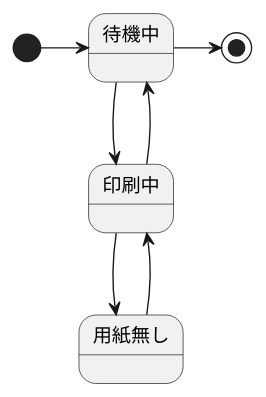
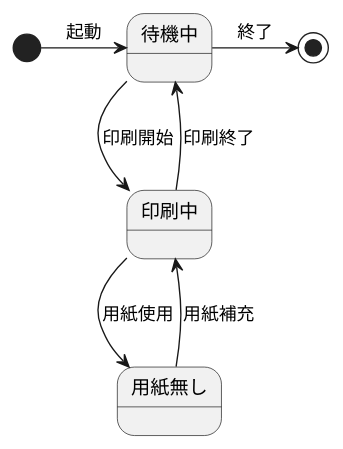
One commit to Takhshi/uml-introduction changed the diagram in 演習6-1_SD_プリンタ.pu. Above: the diagram before and after it, drawn with PlantUML. The commit also changed 1 other file, not shown here.

```diff
--- a/演習6-1_SD_プリンタ.pu
+++ b/演習6-1_SD_プリンタ.pu
@@ -1,9 +1,9 @@
 @startuml 演習6-1
 ' left to right direction
-[*] -right-> 待機中
-待機中 --> 印刷中
-印刷中 --> 待機中
-印刷中 --> 用紙無し
-用紙無し --> 印刷中
-待機中 -right-> [*]
+[*] -right-> 待機中: 起動
+待機中 --> 印刷中: 印刷開始
+印刷中 --> 待機中: 印刷終了
+印刷中 --> 用紙無し: 用紙使用
+用紙無し --> 印刷中: 用紙補充
+待機中 -right-> [*]: 終了
 @enduml
```
